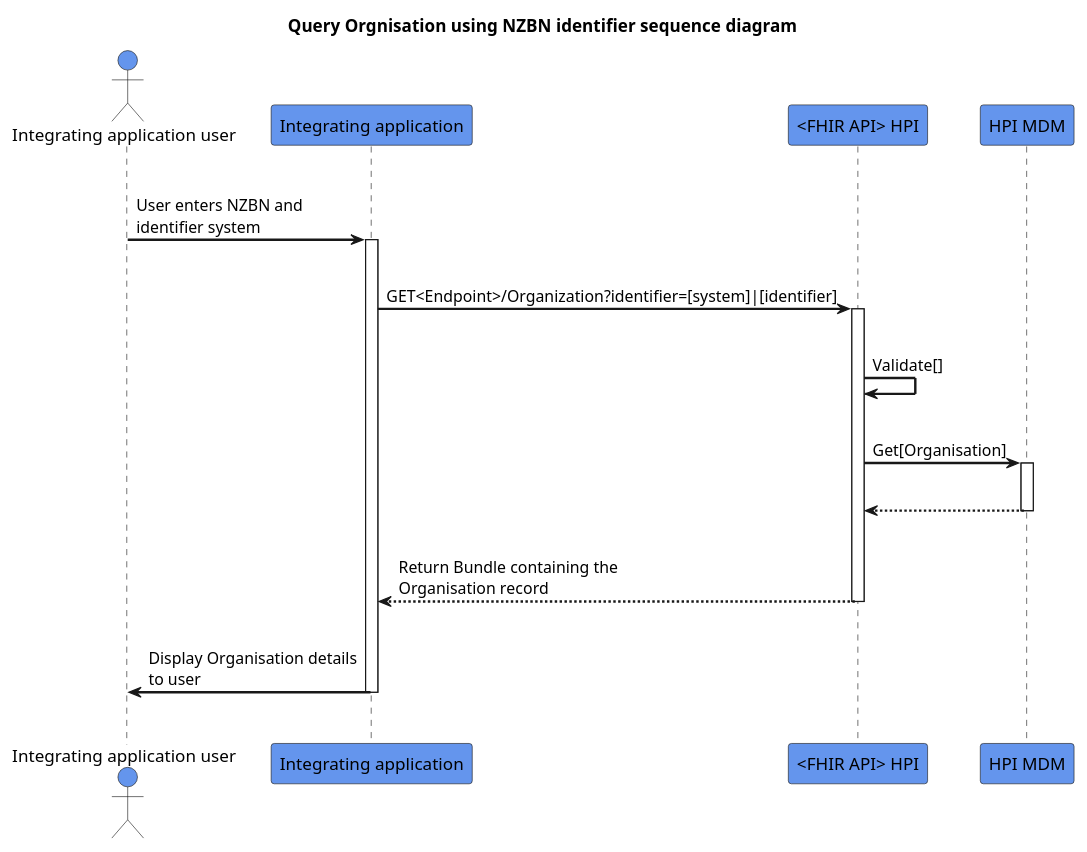
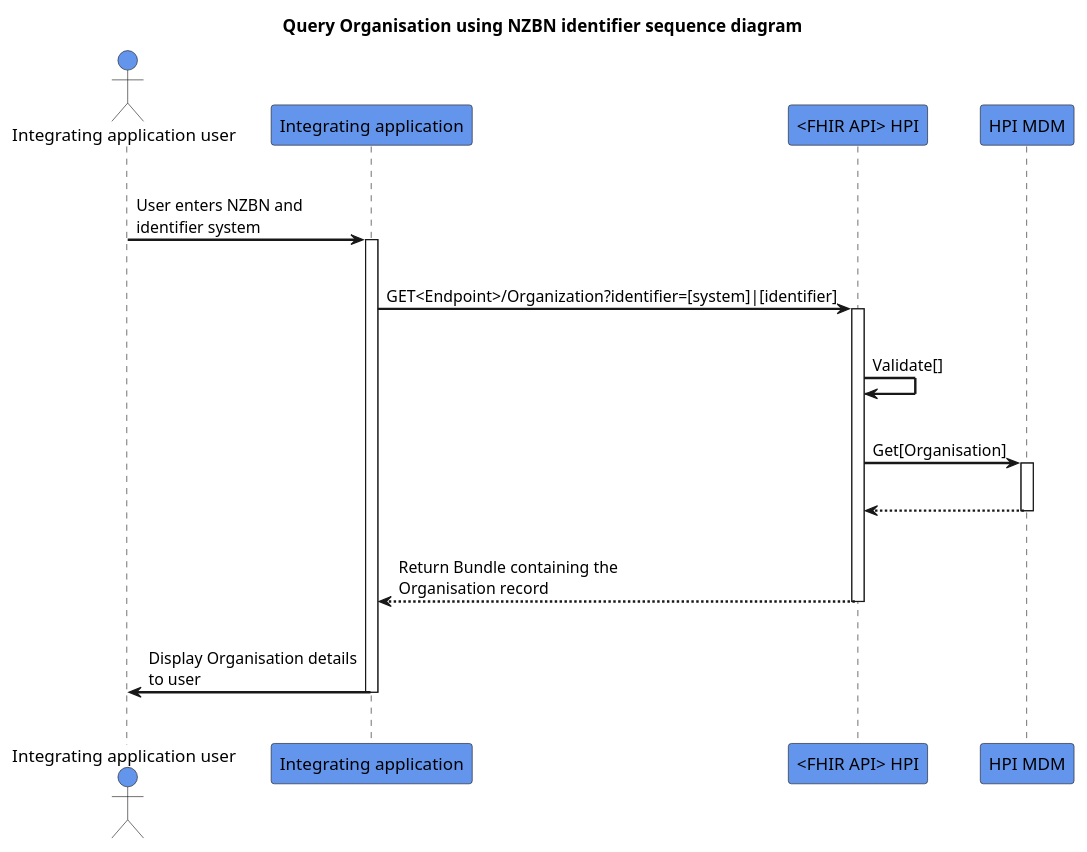
The diagram in input/images-source/query-organisation.plantuml (HL7NZ/hpi), drawn with PlantUML before and after one commit.

```diff
--- a/input/images-source/query-organisation.plantuml
+++ b/input/images-source/query-organisation.plantuml
@@ -1,32 +1,32 @@
 @startuml
 skinparam sequenceArrowThickness 2
 skinparam roundcorner 5
 skinparam maxmessagesize 180
 skinparam sequenceParticipant bold
-title Query Orgnisation using NZBN identifier sequence diagram 
+title Query Organisation using NZBN identifier sequence diagram 
 actor "Integrating application user" as User #CornflowerBlue
 participant "Integrating application" as A #CornflowerBlue
 participant "<FHIR API> HPI" as B #CornflowerBlue
 participant "HPI MDM" as C #CornflowerBlue
 |||
 User -> A: User enters NZBN and identifier system
 activate A
 |||
 A -> B: GET<Endpoint>/Organization?identifier=[system]|[identifier]
 activate B
 |||
 B -> B: Validate[]
 |||
 B -> C: Get[Organisation]
 activate C
 |||
 C -[dashed]-> B:  
 deactivate C
 |||
 B -[dashed]-> A:Return Bundle containing the Organisation record
 deactivate B
 |||
 A -> User: Display Organisation details to user
 deactivate A
 |||
 @enduml
```
